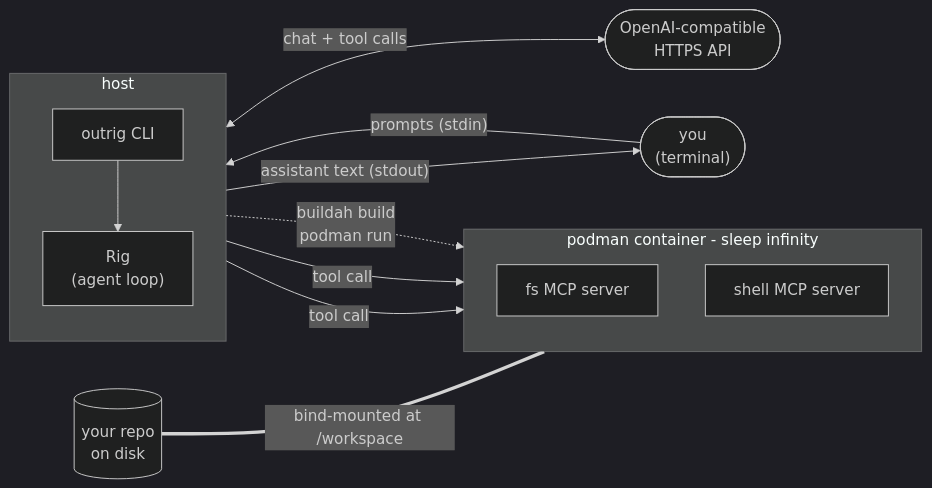
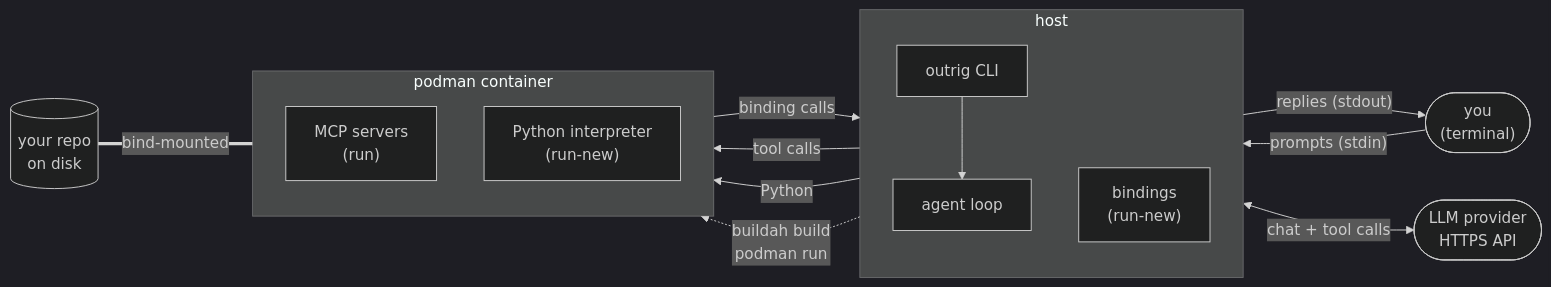
One commit to tgockel/outrig changed the diagram in doc/README.md. Above: the diagram before and after it, drawn with Mermaid (dark theme). The commit also changed other lines of this file and 53 other files, not shown here.

````diff
--- a/doc/README.md
+++ b/doc/README.md
@@ -25,27 +37,29 @@
 ```mermaid
 flowchart LR
     you(["you<br/>(terminal)"])
-    api(["OpenAI-compatible<br/>HTTPS API"])
+    api(["LLM provider<br/>HTTPS API"])
     repo[("your repo<br/>on disk")]
 
     subgraph host["host"]
         direction TB
         outrig["outrig CLI"]
-        rig["Rig<br/>(agent loop)"]
+        rig["agent loop"]
+        bindings["bindings<br/>(run-new)"]
         outrig --> rig
     end
 
-    subgraph container["podman container - sleep infinity"]
+    subgraph container["podman container"]
         direction TB
-        fs["fs MCP server"]
-        shell["shell MCP server"]
+        mcp["MCP servers<br/>(run)"]
+        python["Python interpreter<br/>(run-new)"]
     end
 
     you -- "prompts (stdin)" --> outrig
-    rig -- "assistant text (stdout)" --> you
+    rig -- "replies (stdout)" --> you
     rig <-- "chat + tool calls" --> api
-    rig -- "tool call" --> fs
-    rig -- "tool call" --> shell
+    rig -- "tool calls" --> mcp
+    rig -- "Python" --> python
+    python -- "binding calls" --> bindings
     outrig -. "buildah build<br/>podman run" .-> container
-    repo == "bind-mounted at /workspace" === container
+    repo == "bind-mounted" === container
 ```
````
